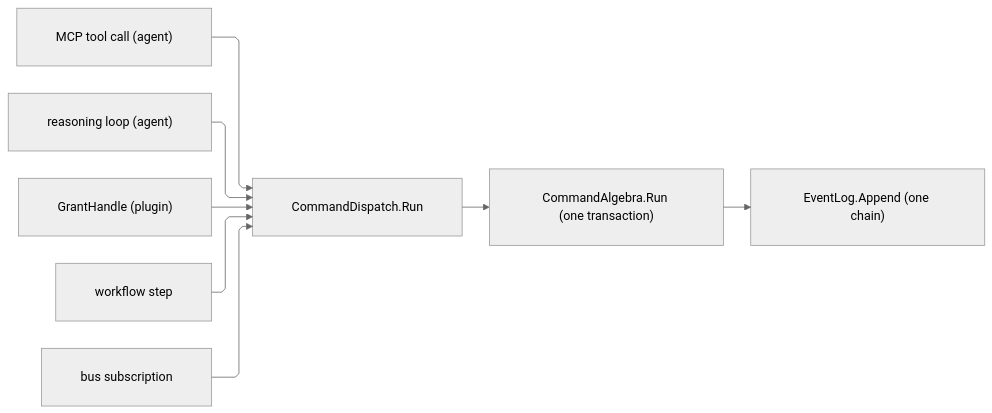
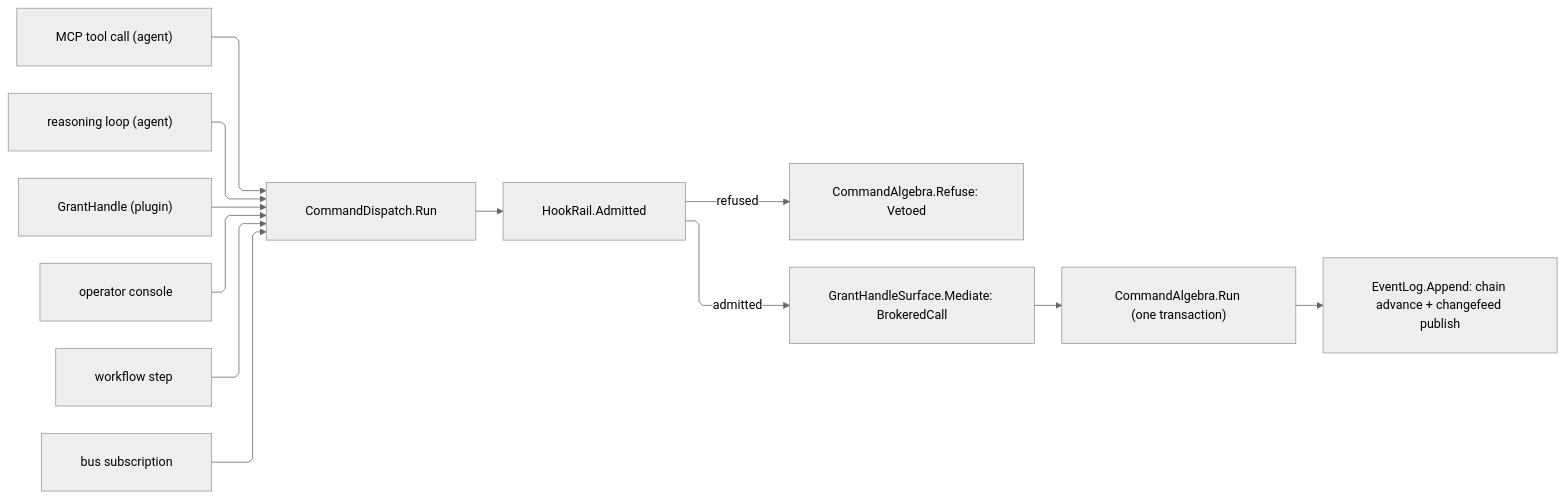
The diagram in libs/csharp/Rasm.AppHost/.planning/Agent/runtime.md (bsamiee/Rasm), drawn with Mermaid (neutral theme) before and after one commit. The commit also changed other lines of this file and 747 other files, not shown here.

First line of the commit message:
Drain the C# planning estate to zero: all folder and branch card pools closed, research settled on live evidence, drain command + corpus-drainer agent minted

````diff
--- a/libs/csharp/Rasm.AppHost/.planning/Agent/runtime.md
+++ b/libs/csharp/Rasm.AppHost/.planning/Agent/runtime.md
@@ -70,19 +102,23 @@
 ```mermaid
 ---
 config:
   layout: elk
   flowchart:
     curve: linear
     padding: 25
 ---
 flowchart LR
-    accTitle: One command-dispatch front door, three callers, one chain
-    accDescr: The MCP tool call, the in-process reasoning loop, and the plugin grant handle all invoke CommandDispatch.Run; the durable workflow step and the event-bus subscription invoke the same entry; Run dispatches through CommandAlgebra and chains the receipt into the one EventLog.
+    accTitle: One command-dispatch front door, one veto, one chain
+    accDescr: Every caller invokes CommandDispatch.Run; the hook rail vetoes or transforms the intent, the mediation records the caller modality, the command algebra owns the transaction, and a committed receipt chains into the one event log while publishing through the changefeed port.
     Mcp["MCP tool call (agent)"] --> Run
     Loop["reasoning loop (agent)"] --> Run
     Plugin["GrantHandle (plugin)"] --> Run
+    Operator["operator console"] --> Run
     Step["workflow step"] --> Run
     Sub["bus subscription"] --> Run
-    Run["CommandDispatch.Run"] --> Algebra["CommandAlgebra.Run (one transaction)"]
-    Algebra --> Chain["EventLog.Append (one chain)"]
+    Run["CommandDispatch.Run"] --> Veto["HookRail.Admitted"]
+    Veto -->|refused| Refuse["CommandAlgebra.Refuse: Vetoed"]
+    Veto -->|admitted| Mediate["GrantHandleSurface.Mediate: BrokeredCall"]
+    Mediate --> Algebra["CommandAlgebra.Run (one transaction)"]
+    Algebra --> Chain["EventLog.Append: chain advance + changefeed publish"]
 ```
````
